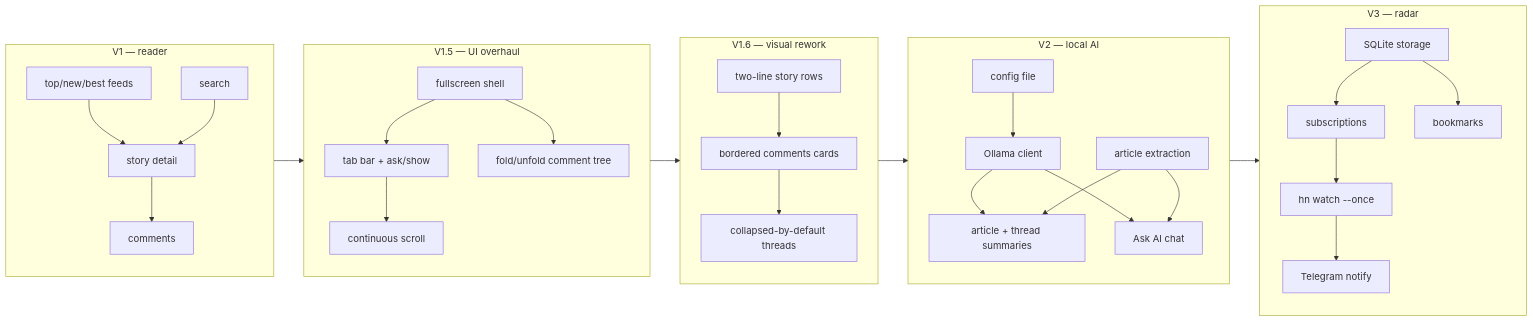
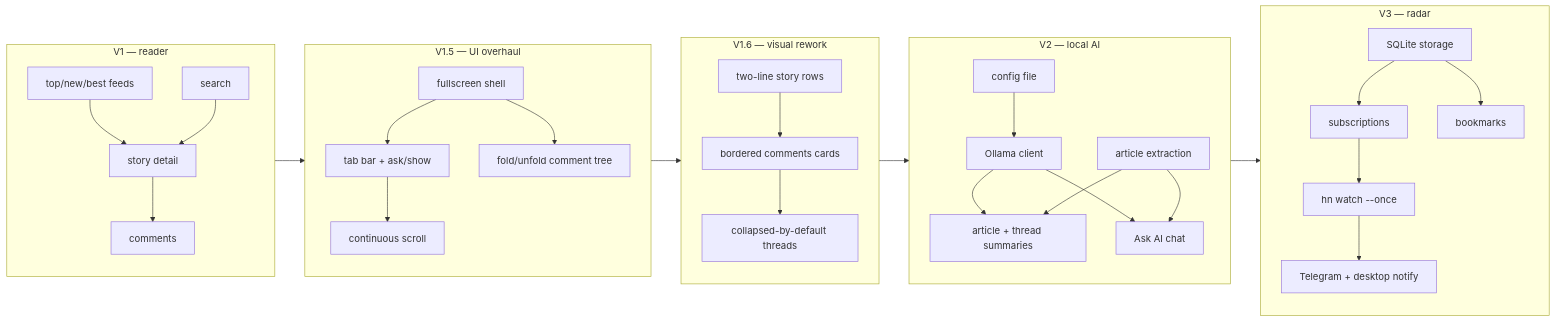
The diagram in specs/README.md (navinrc/hn-bits), drawn with Mermaid before and after one commit. The commit also changed other lines of this file and 3 other files, not shown here.

````diff
--- a/specs/README.md
+++ b/specs/README.md
@@ -17,29 +17,29 @@
 ```mermaid
 flowchart LR
     subgraph V1 [V1 — reader]
         A[top/new/best feeds] --> B[story detail] --> C[comments]
         S[search] --> B
     end
     subgraph V15 [V1.5 — UI overhaul]
         U[fullscreen shell] --> V[tab bar + ask/show]
         V --> W[continuous scroll]
         U --> X[fold/unfold comment tree]
     end
     subgraph V16 [V1.6 — visual rework]
         Y[two-line story rows] --> Z[bordered comments cards]
         Z --> AA[collapsed-by-default threads]
     end
     subgraph V2 [V2 — local AI]
         D[config file] --> E[Ollama client]
         E --> F[article + thread summaries]
         E --> G[Ask AI chat]
         H[article extraction] --> F & G
     end
     subgraph V3 [V3 — radar]
         I[SQLite storage] --> J[subscriptions]
         J --> K[hn watch --once]
-        K --> L[Telegram notify]
+        K --> L[Telegram + desktop notify]
         I --> M[bookmarks]
     end
     V1 --> V15 --> V16 --> V2 --> V3
 ```
````
